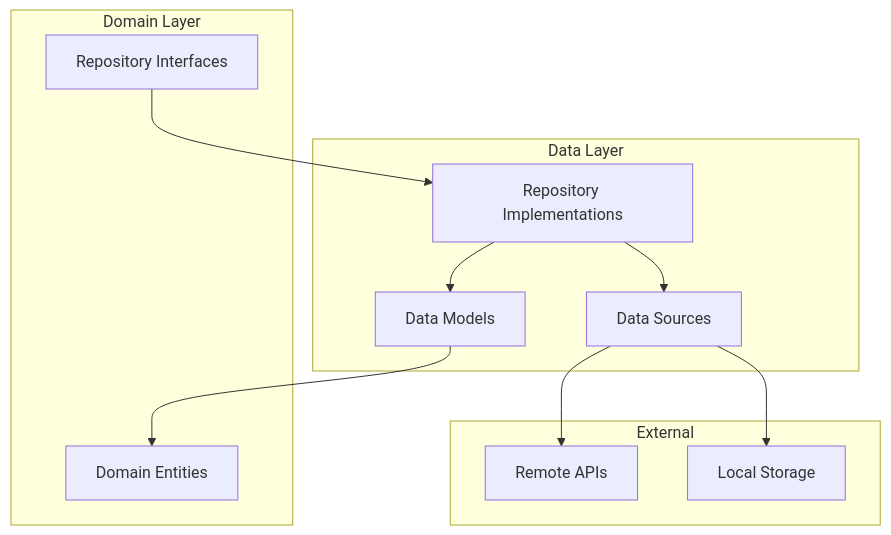
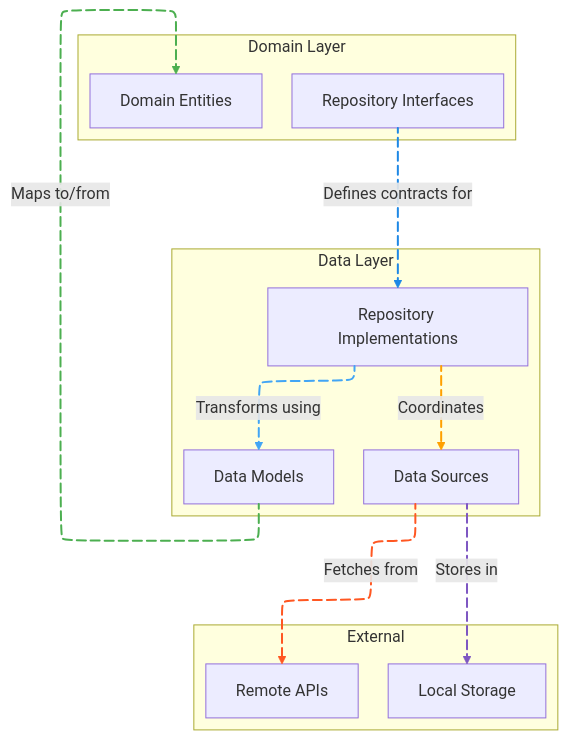
The first of 2 diagrams in lib/data/README.md (GeniusSystems24/genius_store), drawn with Mermaid before and after one commit. The commit also changed 60 other files, not shown here.

Commit message:
- add animations to diagrams.

````diff
--- a/lib/data/README.md
+++ b/lib/data/README.md
@@ -35,25 +35,45 @@
 ```mermaid
+---
+config:
+  look: classic
+  layout: elk
+---
 flowchart TD
     subgraph Domain Layer
         DomainEntities[Domain Entities]
         RepositoryInterfaces[Repository Interfaces]
     end
     
     subgraph Data Layer
         RepositoryImplementations[Repository Implementations]
         Models[Data Models]
         DataSources[Data Sources]
     end
     
     subgraph External
         Remote[Remote APIs]
         Local[Local Storage]
     end
     
-    RepositoryInterfaces --> RepositoryImplementations
-    RepositoryImplementations --> Models
-    RepositoryImplementations --> DataSources
-    Models --> DomainEntities
-    DataSources --> Remote
-    DataSources --> Local
+    RepositoryInterfaces L_RepositoryInterfaces_RepositoryImplementations_0@--> |Defines contracts for| RepositoryImplementations
+    RepositoryImplementations L_RepositoryImplementations_Models_0@--> |Transforms using| Models
+    RepositoryImplementations L_RepositoryImplementations_DataSources_0@--> |Coordinates| DataSources
+    Models L_Models_DomainEntities_0@--> |Maps to/from| DomainEntities
+    DataSources L_DataSources_Remote_0@--> |Fetches from| Remote
+    DataSources L_DataSources_Local_0@--> |Stores in| Local
+    
+    linkStyle 0 stroke:#1E88E5,fill:none,stroke-width:2px
+    linkStyle 1 stroke:#42A5F5,fill:none,stroke-width:2px
+    linkStyle 2 stroke:#FFA000,fill:none,stroke-width:2px
+    linkStyle 3 stroke:#4CAF50,fill:none,stroke-width:2px
+    linkStyle 4 stroke:#FF5722,fill:none,stroke-width:2px
+    linkStyle 5 stroke:#7E57C2,fill:none,stroke-width:2px
+    
+    L_RepositoryInterfaces_RepositoryImplementations_0@{ animation: fast }
+    L_RepositoryImplementations_Models_0@{ animation: fast } 
+    L_RepositoryImplementations_DataSources_0@{ animation: fast } 
+    L_Models_DomainEntities_0@{ animation: fast }
+    L_DataSources_Remote_0@{ animation: fast }
+    L_DataSources_Local_0@{ animation: fast }
+
 ```
````
